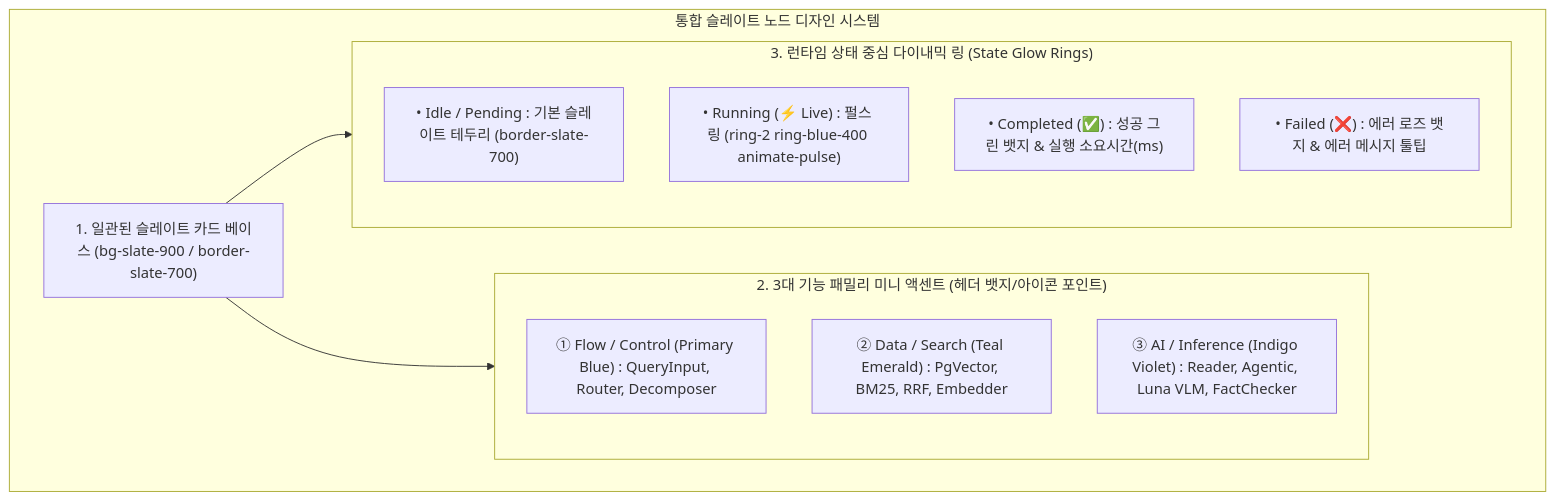
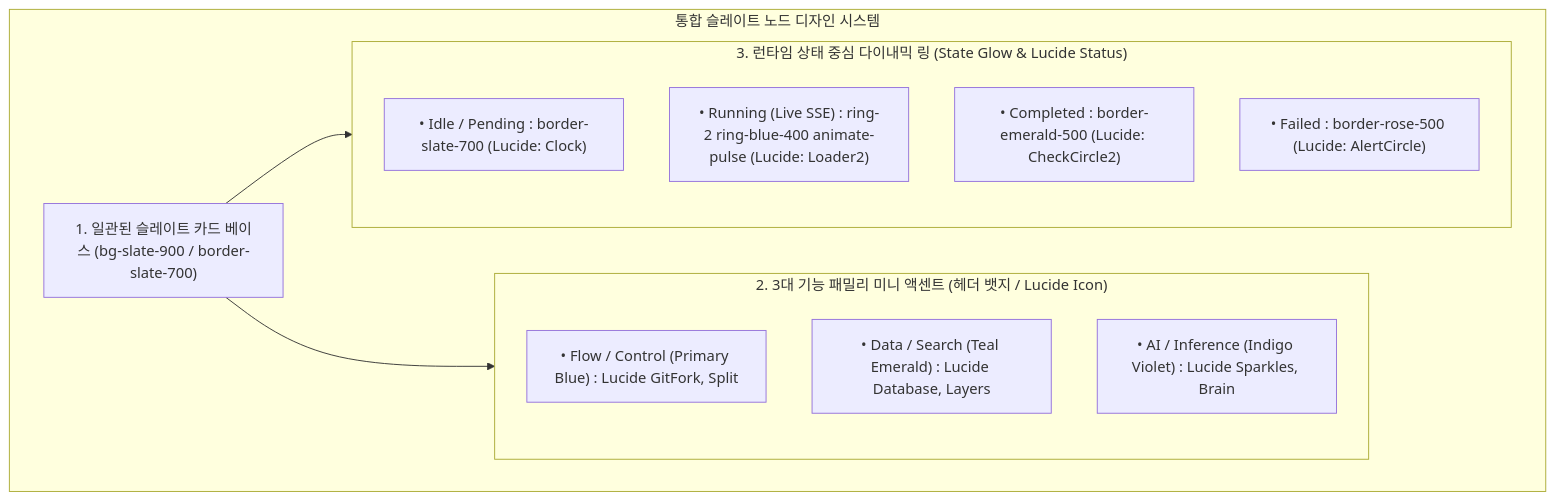
One commit to bist-mini-final/bist-mini-final changed the second of 2 diagrams in docs/04_workspace_blueprints/BP-401_ws_pipeline_playground.md. Above: the diagram before and after it, drawn with Mermaid. The commit also changed other lines of this file, not shown here.

Commit message:
docs: establish Zero Raw Emoji Policy and standardize on Lucide React vector icons in BP-401 Section 2

````diff
--- a/docs/04_workspace_blueprints/BP-401_ws_pipeline_playground.md
+++ b/docs/04_workspace_blueprints/BP-401_ws_pipeline_playground.md
@@ -44,22 +44,22 @@
 ```mermaid
 graph TD
     subgraph DesignSystem ["통합 슬레이트 노드 디자인 시스템"]
         BASE["1. 일관된 슬레이트 카드 베이스 (bg-slate-900 / border-slate-700)"]
         
-        subgraph Accents ["2. 3대 기능 패밀리 미니 액센트 (헤더 뱃지/아이콘 포인트)"]
-            A1["① Flow / Control (Primary Blue) : QueryInput, Router, Decomposer"]
-            A2["② Data / Search (Teal Emerald) : PgVector, BM25, RRF, Embedder"]
-            A3["③ AI / Inference (Indigo Violet) : Reader, Agentic, Luna VLM, FactChecker"]
+        subgraph Accents ["2. 3대 기능 패밀리 미니 액센트 (헤더 뱃지 / Lucide Icon)"]
+            A1["• Flow / Control (Primary Blue) : Lucide GitFork, Split"]
+            A2["• Data / Search (Teal Emerald) : Lucide Database, Layers"]
+            A3["• AI / Inference (Indigo Violet) : Lucide Sparkles, Brain"]
         end
         
-        subgraph States ["3. 런타임 상태 중심 다이내믹 링 (State Glow Rings)"]
-            S1["• Idle / Pending : 기본 슬레이트 테두리 (border-slate-700)"]
-            S2["• Running (⚡ Live) : 펄스 링 (ring-2 ring-blue-400 animate-pulse)"]
-            S3["• Completed (✅) : 성공 그린 뱃지 & 실행 소요시간(ms)"]
-            S4["• Failed (❌) : 에러 로즈 뱃지 & 에러 메시지 툴팁"]
+        subgraph States ["3. 런타임 상태 중심 다이내믹 링 (State Glow & Lucide Status)"]
+            S1["• Idle / Pending : border-slate-700 (Lucide: Clock)"]
+            S2["• Running (Live SSE) : ring-2 ring-blue-400 animate-pulse (Lucide: Loader2)"]
+            S3["• Completed : border-emerald-500 (Lucide: CheckCircle2)"]
+            S4["• Failed : border-rose-500 (Lucide: AlertCircle)"]
         end
         
         BASE --> Accents
         BASE --> States
     end
 ```
````
